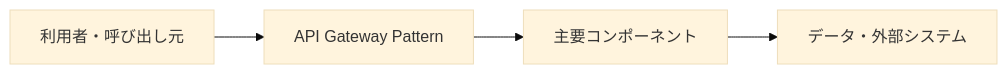
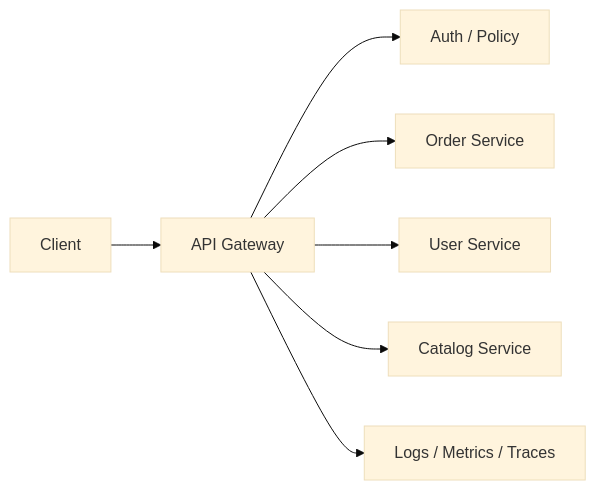
Before and after one commit to t-shirayama/architecture-notes: the diagram in docs/エンタープライズ統合・連携系/APIゲートウェイパターン.md, drawn with Mermaid (base theme). The commit also changed other lines of this file and 6 other files, not shown here.

Commit message:
docs: add architecture comparison guides

````diff
--- a/docs/エンタープライズ統合・連携系/APIゲートウェイパターン.md
+++ b/docs/エンタープライズ統合・連携系/APIゲートウェイパターン.md
@@ -24,6 +26,9 @@
 ```mermaid
 flowchart LR
-    A[利用者・呼び出し元] --> B[API Gateway Pattern]
-    B --> C[主要コンポーネント]
-    C --> D[データ・外部システム]
+    Client[Client] --> Gateway[API Gateway]
+    Gateway --> Auth[Auth / Policy]
+    Gateway --> Order[Order Service]
+    Gateway --> User[User Service]
+    Gateway --> Catalog[Catalog Service]
+    Gateway --> Metrics[Logs / Metrics / Traces]
 ```
````
